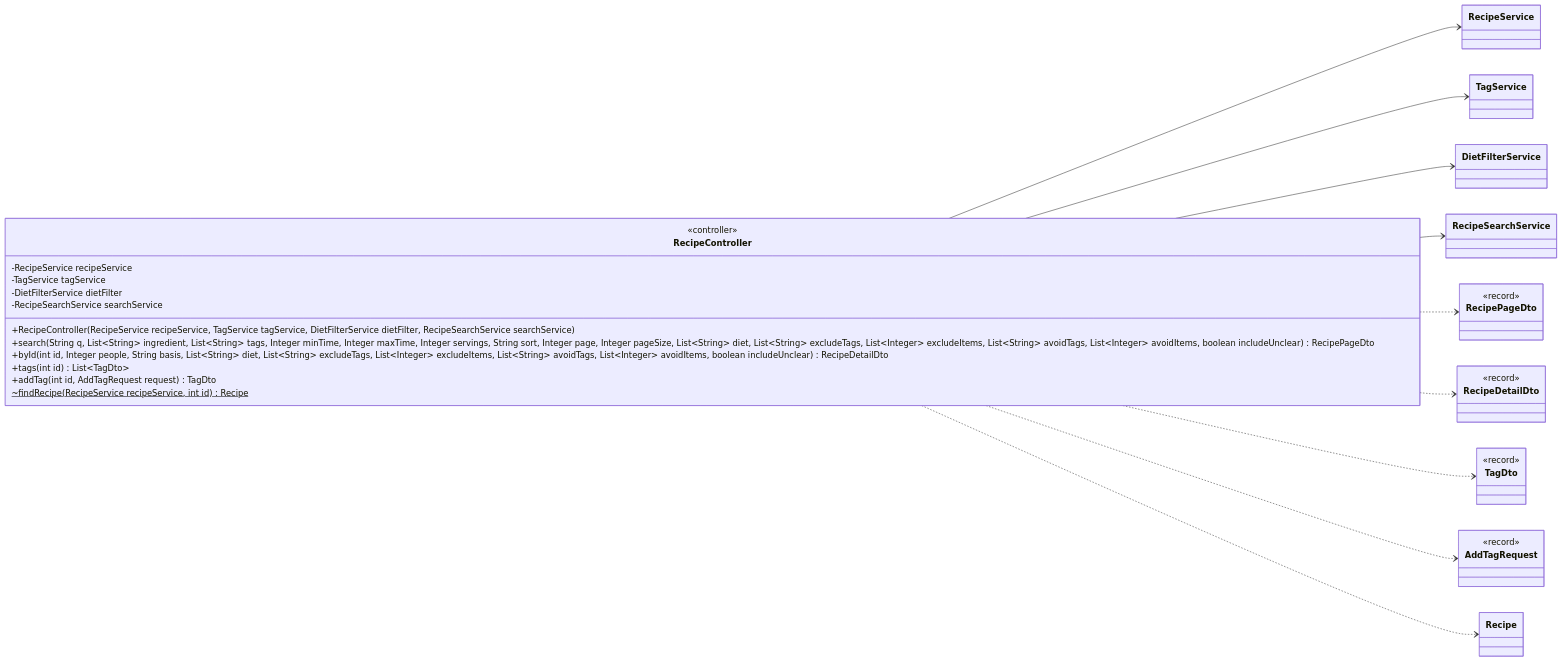
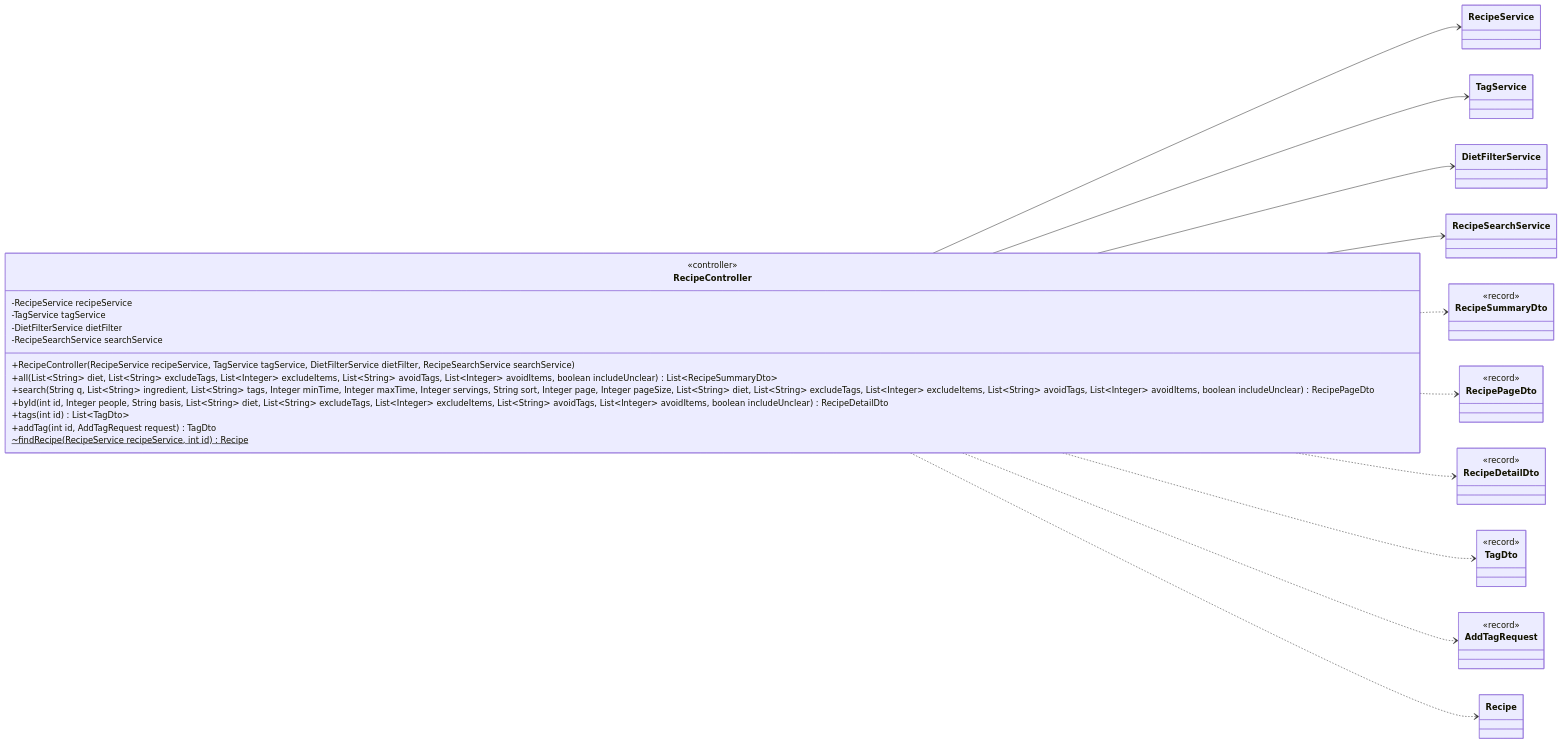
Before and after one commit to Nate-ryan-7690/dahaem: diagram 32 of 53 in docs/classes/api.md, drawn with Mermaid. The commit also changed other lines of this file and 14 other files, not shown here.

First line of the commit message:
Recipe search: move the paged search to /api/recipes/search

````diff
--- a/docs/classes/api.md
+++ b/docs/classes/api.md
@@ -1399,43 +1409,48 @@
 ```mermaid
 classDiagram
     direction LR
     class api_RecipeController["RecipeController"] {
         <<controller>>
         -RecipeService recipeService
         -TagService tagService
         -DietFilterService dietFilter
         -RecipeSearchService searchService
         +RecipeController(RecipeService recipeService, TagService tagService, DietFilterService dietFilter, RecipeSearchService searchService)
+        +all(List~String~ diet, List~String~ excludeTags, List~Integer~ excludeItems, List~String~ avoidTags, List~Integer~ avoidItems, boolean includeUnclear) List~RecipeSummaryDto~
         +search(String q, List~String~ ingredient, List~String~ tags, Integer minTime, Integer maxTime, Integer servings, String sort, Integer page, Integer pageSize, List~String~ diet, List~String~ excludeTags, List~Integer~ excludeItems, List~String~ avoidTags, List~Integer~ avoidItems, boolean includeUnclear) RecipePageDto
         +byId(int id, Integer people, String basis, List~String~ diet, List~String~ excludeTags, List~Integer~ excludeItems, List~String~ avoidTags, List~Integer~ avoidItems, boolean includeUnclear) RecipeDetailDto
         +tags(int id) List~TagDto~
         +addTag(int id, AddTagRequest request) TagDto
         ~findRecipe(RecipeService recipeService, int id) Recipe$
     }
     class mealplanner_RecipeService["RecipeService"]
     class tags_TagService["TagService"]
     class diet_DietFilterService["DietFilterService"]
     class mealplanner_RecipeSearchService["RecipeSearchService"]
+    class api_RecipeSummaryDto["RecipeSummaryDto"] {
+        <<record>>
+    }
     class api_RecipePageDto["RecipePageDto"] {
         <<record>>
     }
     class api_RecipeDetailDto["RecipeDetailDto"] {
         <<record>>
     }
     class api_TagDto["TagDto"] {
         <<record>>
     }
     class api_AddTagRequest["AddTagRequest"] {
         <<record>>
     }
     class mealplanner_Recipe["Recipe"]
     api_RecipeController --> mealplanner_RecipeService
     api_RecipeController --> tags_TagService
     api_RecipeController --> diet_DietFilterService
     api_RecipeController --> mealplanner_RecipeSearchService
+    api_RecipeController ..> api_RecipeSummaryDto
     api_RecipeController ..> api_RecipePageDto
     api_RecipeController ..> api_RecipeDetailDto
     api_RecipeController ..> api_TagDto
     api_RecipeController ..> api_AddTagRequest
     api_RecipeController ..> mealplanner_Recipe
 ```
````
